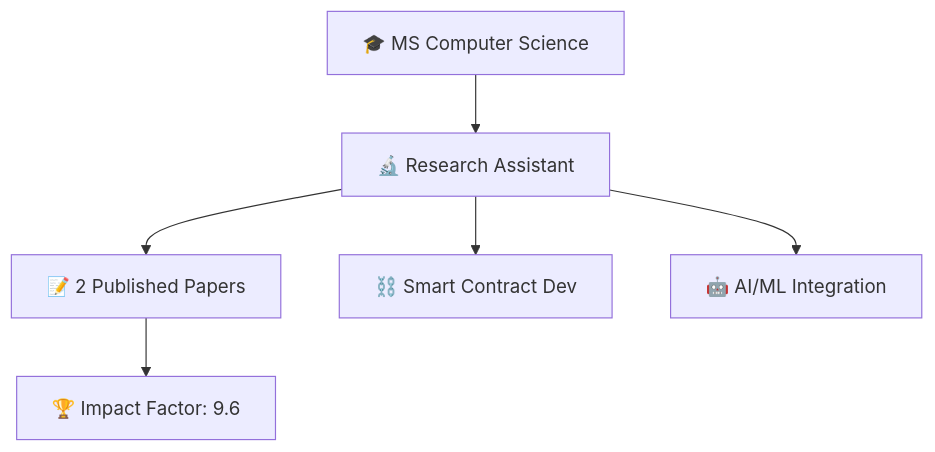
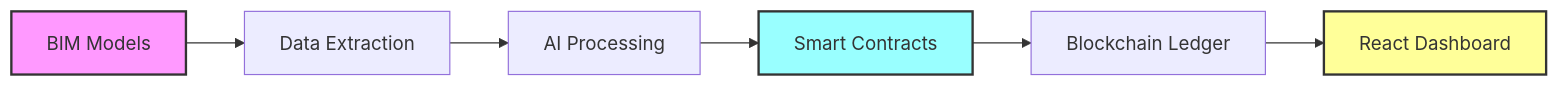
The diagram in README.md (IstiqlalBhat/istiqlalbhat), drawn with Mermaid before and after one commit. The commit also changed other lines of this file, not shown here.

````diff
--- a/README.md
+++ b/README.md
@@ -97,8 +162,12 @@
 ```mermaid
-graph TD
-    A[🎓 MS Computer Science] --> B[🔬 Research Assistant]
-    B --> C[📝 2 Published Papers]
-    B --> D[⛓️ Smart Contract Dev]
-    B --> E[🤖 AI/ML Integration]
-    C --> F[🏆 Impact Factor: 9.6]
+graph LR
+    A[BIM Models] --> B[Data Extraction]
+    B --> C[AI Processing]
+    C --> D[Smart Contracts]
+    D --> E[Blockchain Ledger]
+    E --> F[React Dashboard]
+    
+    style A fill:#f9f,stroke:#333,stroke-width:2px
+    style D fill:#9ff,stroke:#333,stroke-width:2px
+    style F fill:#ff9,stroke:#333,stroke-width:2px
 ```
````
